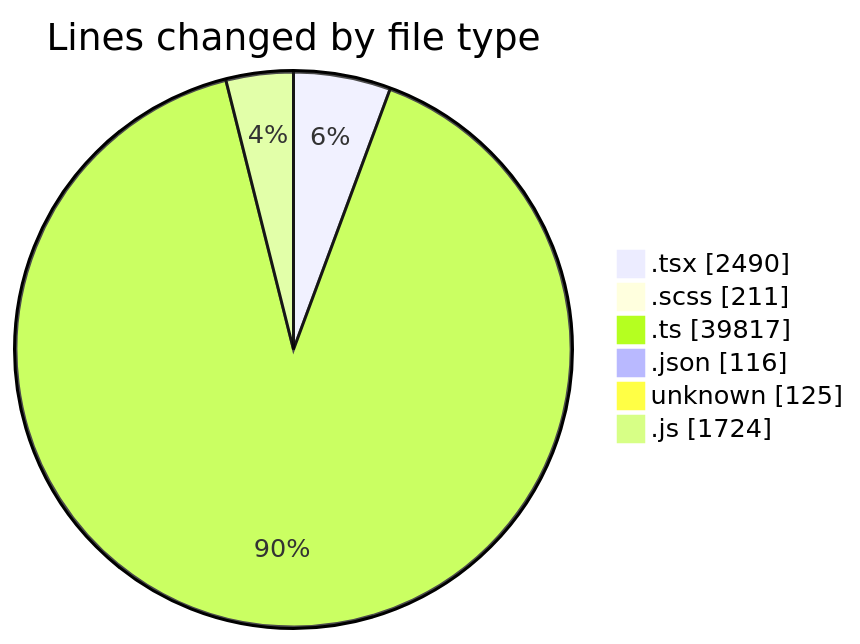
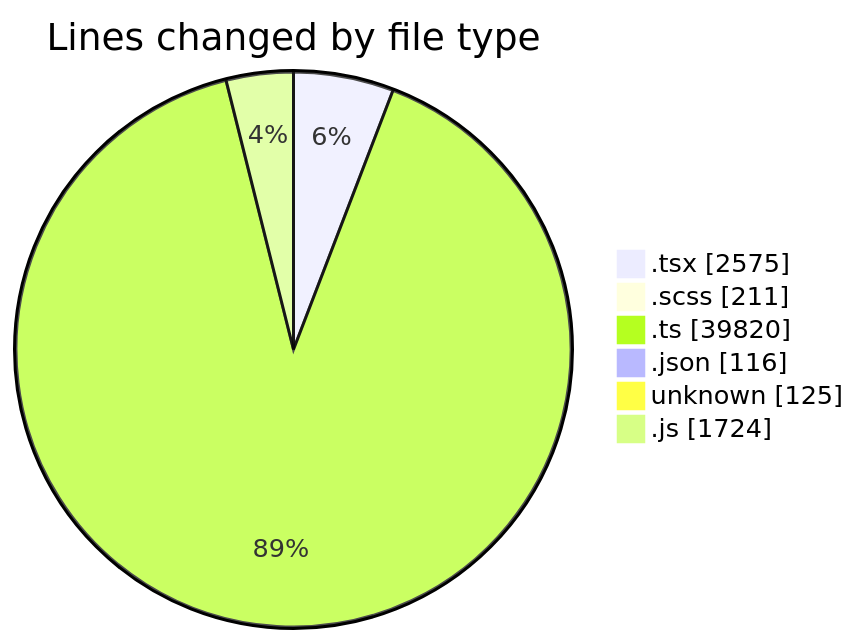
The first of 2 diagrams in 2026-09-04/cda/README.md (momahboobian/code-tracking), drawn with Mermaid before and after one commit. The commit also changed other lines of this file and 1 other file, not shown here.

````diff
--- a/2026-09-04/cda/README.md
+++ b/2026-09-04/cda/README.md
@@ -73,10 +75,10 @@
 ```mermaid
 pie showData
 title Lines changed by file type
-".tsx" : 2490
+".tsx" : 2575
 ".scss" : 211
-".ts" : 39817
+".ts" : 39820
 ".json" : 116
 "unknown" : 125
 ".js" : 1724
 ```
````
